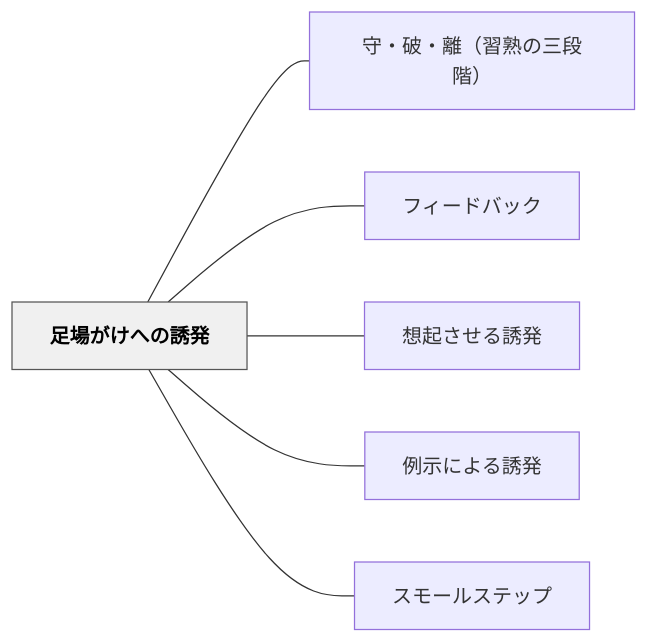
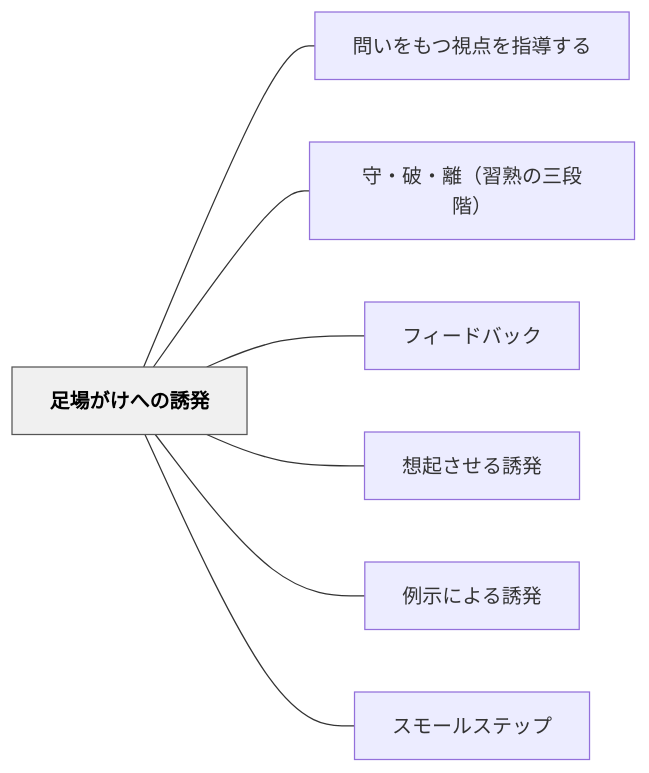
The diagram in content/パタン/足場がけへの誘発.md (unknownthings-ed-patterns/unknownthings-ed-patterns), drawn with Mermaid before and after one commit. The commit also changed other lines of this file and 11 other files, not shown here.

````diff
--- a/content/パタン/足場がけへの誘発.md
+++ b/content/パタン/足場がけへの誘発.md
@@ -66,18 +67,20 @@
 ```mermaid
 flowchart LR
     ne8b6b3e5a0b4e3818ce38191e381b8e381aee8aa98e799ba["足場がけへの誘発"]
+    ne5958fe38184e38292e38282e381a4e8a696e782b9e38292e68c87e5b08ee38199e3828b["問いをもつ視点を指導する"]
     ne5ae88e383bbe7a0b4e383bbe99ba2efbc88e7bf92e7869fe381aee4b889e6aeb5e99a8eefbc89["守・破・離（習熟の三段階）"]
     ne38395e382a3e383bce38389e38390e38383e382af["フィードバック"]
     ne683b3e8b5b7e38195e3819be3828be8aa98e799ba["想起させる誘発"]
     ne4be8be7a4bae381abe38288e3828be8aa98e799ba["例示による誘発"]
     ne382b9e383a2e383bce383abe382b9e38386e38383e38397["スモールステップ"]
 
+    ne8b6b3e5a0b4e3818ce38191e381b8e381aee8aa98e799ba --- ne5958fe38184e38292e38282e381a4e8a696e782b9e38292e68c87e5b08ee38199e3828b
     ne8b6b3e5a0b4e3818ce38191e381b8e381aee8aa98e799ba --- ne5ae88e383bbe7a0b4e383bbe99ba2efbc88e7bf92e7869fe381aee4b889e6aeb5e99a8eefbc89
     ne8b6b3e5a0b4e3818ce38191e381b8e381aee8aa98e799ba --- ne38395e382a3e383bce38389e38390e38383e382af
     ne8b6b3e5a0b4e3818ce38191e381b8e381aee8aa98e799ba --- ne683b3e8b5b7e38195e3819be3828be8aa98e799ba
     ne8b6b3e5a0b4e3818ce38191e381b8e381aee8aa98e799ba --- ne4be8be7a4bae381abe38288e3828be8aa98e799ba
     ne8b6b3e5a0b4e3818ce38191e381b8e381aee8aa98e799ba --- ne382b9e383a2e383bce383abe382b9e38386e38383e38397
 
     classDef hub fill:#f0f0f0,stroke:#555,color:#000,font-weight:bold
     class ne8b6b3e5a0b4e3818ce38191e381b8e381aee8aa98e799ba hub
 ```
````
